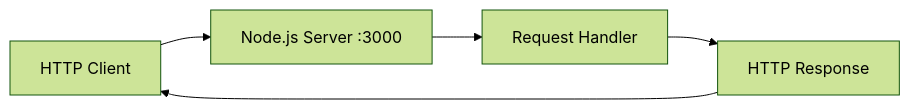
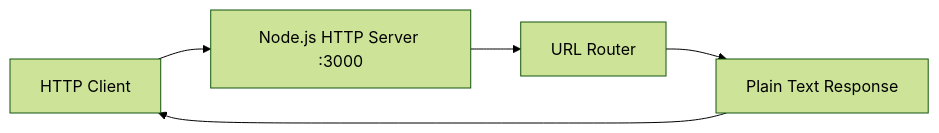
One commit to lakshya-blitzy/lakshya_30July changed the first of 2 diagrams in docs/api/endpoints.md. Above: the diagram before and after it, drawn with Mermaid (forest theme). The commit also changed other lines of this file, not shown here.

````diff
--- a/docs/api/endpoints.md
+++ b/docs/api/endpoints.md
@@ -17,7 +40,7 @@
 ```mermaid
 graph LR
-    Client[HTTP Client] --> Server[Node.js Server :3000]
-    Server --> Handler[Request Handler]
-    Handler --> Response[HTTP Response]
+    Client[HTTP Client] --> Server[Node.js HTTP Server :3000]
+    Server --> Handler[URL Router]
+    Handler --> Response[Plain Text Response]
     Response --> Client
 ```
````
